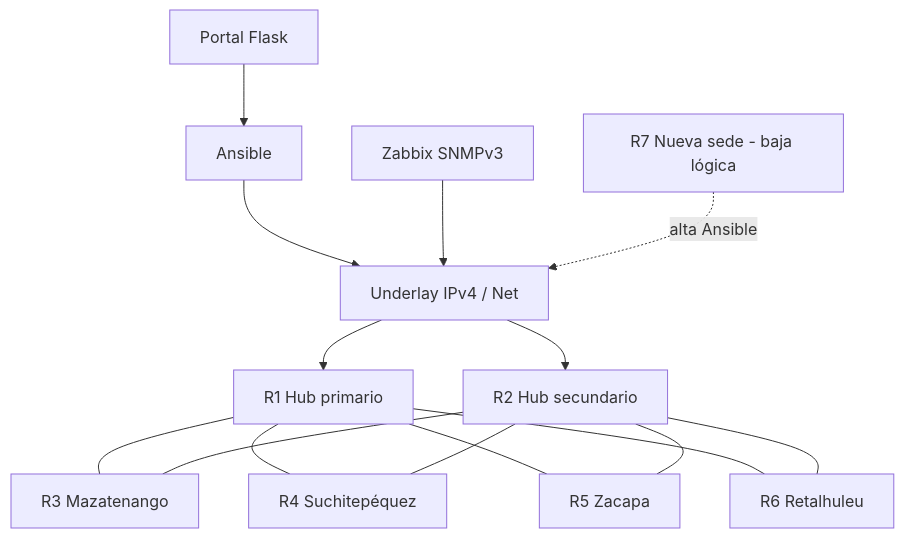
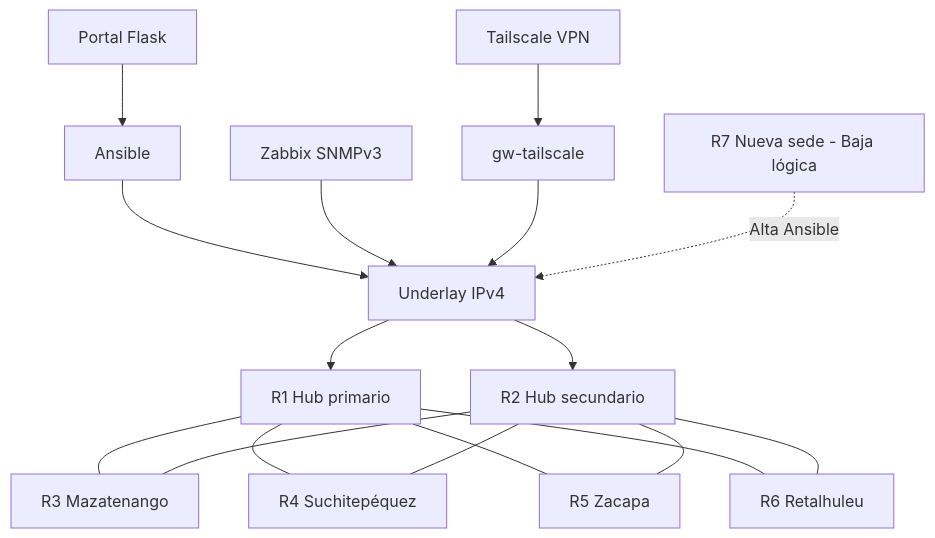
One commit to msaul2001/Proyecto-SDN-DMVPN changed the diagram in README.md. Above: the diagram before and after it, drawn with Mermaid. The commit also changed other lines of this file, not shown here.

````diff
--- a/README.md
+++ b/README.md
@@ -8,17 +32,19 @@
 ```mermaid
 graph TD
- P[Portal Flask] --> A[Ansible]
- A --> N[Underlay IPv4 / Net]
- Z[Zabbix SNMPv3] --> N
- N --> R1[ R1 Hub primario ]
- N --> R2[ R2 Hub secundario ]
- R1 --- R3[R3 Mazatenango]
- R1 --- R4[R4 Suchitepéquez]
- R1 --- R5[R5 Zacapa]
- R1 --- R6[R6 Retalhuleu]
- R2 --- R3
- R2 --- R4
- R2 --- R5
- R2 --- R6
- R7[R7 Nueva sede - baja lógica] -. alta Ansible .-> N
+    P[Portal Flask] --> A[Ansible]
+    A --> N[Underlay IPv4]
+    Z[Zabbix SNMPv3] --> N
+    T[Tailscale VPN] --> G[gw-tailscale]
+    G --> N
+    N --> R1[R1 Hub primario]
+    N --> R2[R2 Hub secundario]
+    R1 --- R3[R3 Mazatenango]
+    R1 --- R4[R4 Suchitepéquez]
+    R1 --- R5[R5 Zacapa]
+    R1 --- R6[R6 Retalhuleu]
+    R2 --- R3
+    R2 --- R4
+    R2 --- R5
+    R2 --- R6
+    R7[R7 Nueva sede - Baja lógica] -. Alta Ansible .-> N
 ```
````
